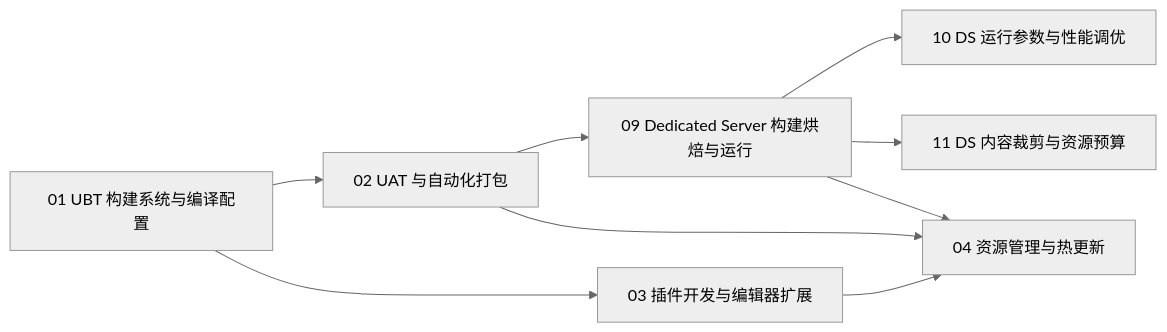
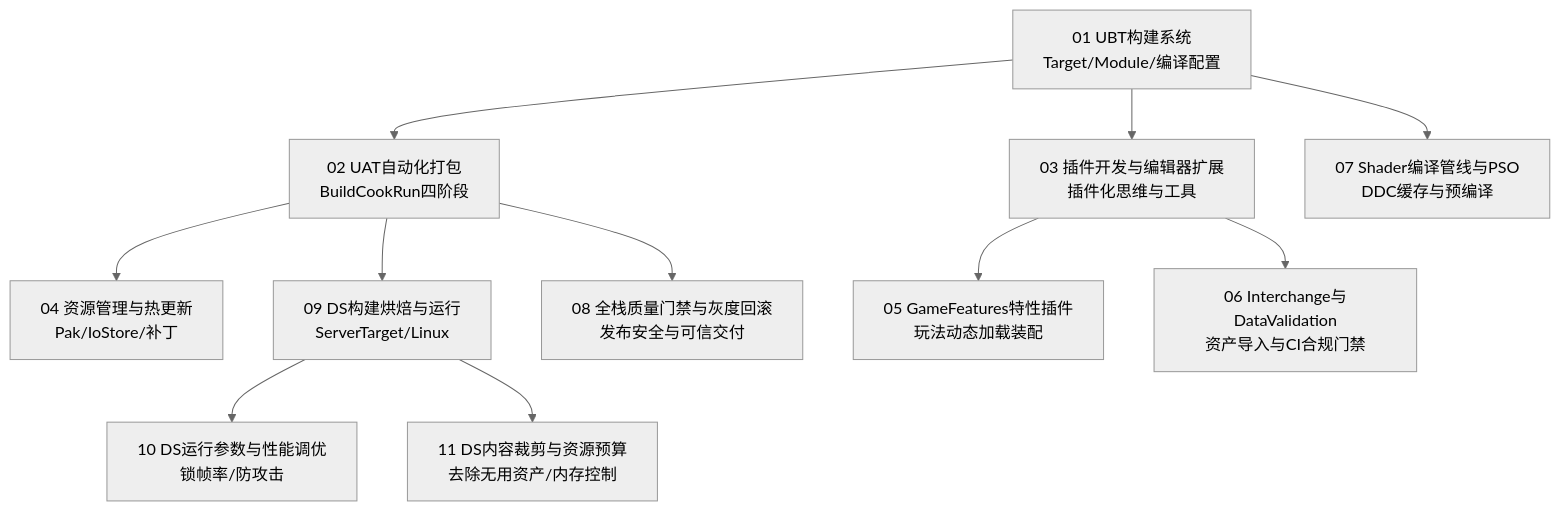
Before and after one commit to fantuan812/learning: the diagram in 游戏知识/08-工具链与打包发布/README.md, drawn with Mermaid (neutral theme). The commit also changed other lines of this file and 38 other files, not shown here.

````diff
--- a/游戏知识/08-工具链与打包发布/README.md
+++ b/游戏知识/08-工具链与打包发布/README.md
@@ -48,11 +51,13 @@
 ```mermaid
-flowchart LR
-    A[01 UBT 构建系统与编译配置] --> B[02 UAT 与自动化打包]
-    A --> C[03 插件开发与编辑器扩展]
-    B --> E[09 Dedicated Server 构建烘焙与运行]
-    E --> F[10 DS 运行参数与性能调优]
-    E --> G[11 DS 内容裁剪与资源预算]
-    E --> D[04 资源管理与热更新]
-    B --> D[04 资源管理与热更新]
-    C --> D
+flowchart TD
+    A[01 UBT构建系统<br/>Target/Module/编译配置] --> B[02 UAT自动化打包<br/>BuildCookRun四阶段]
+    A --> C[03 插件开发与编辑器扩展<br/>插件化思维与工具]
+    B --> D[04 资源管理与热更新<br/>Pak/IoStore/补丁]
+    C --> E[05 GameFeatures特性插件<br/>玩法动态加载装配]
+    C --> F[06 Interchange与DataValidation<br/>资产导入与CI合规门禁]
+    A --> G[07 Shader编译管线与PSO<br/>DDC缓存与预编译]
+    B --> H[09 DS构建烘焙与运行<br/>ServerTarget/Linux]
+    H --> I[10 DS运行参数与性能调优<br/>锁帧率/防攻击]
+    H --> J[11 DS内容裁剪与资源预算<br/>去除无用资产/内存控制]
+    B --> K[08 全栈质量门禁与灰度回滚<br/>发布安全与可信交付]
 ```
````
